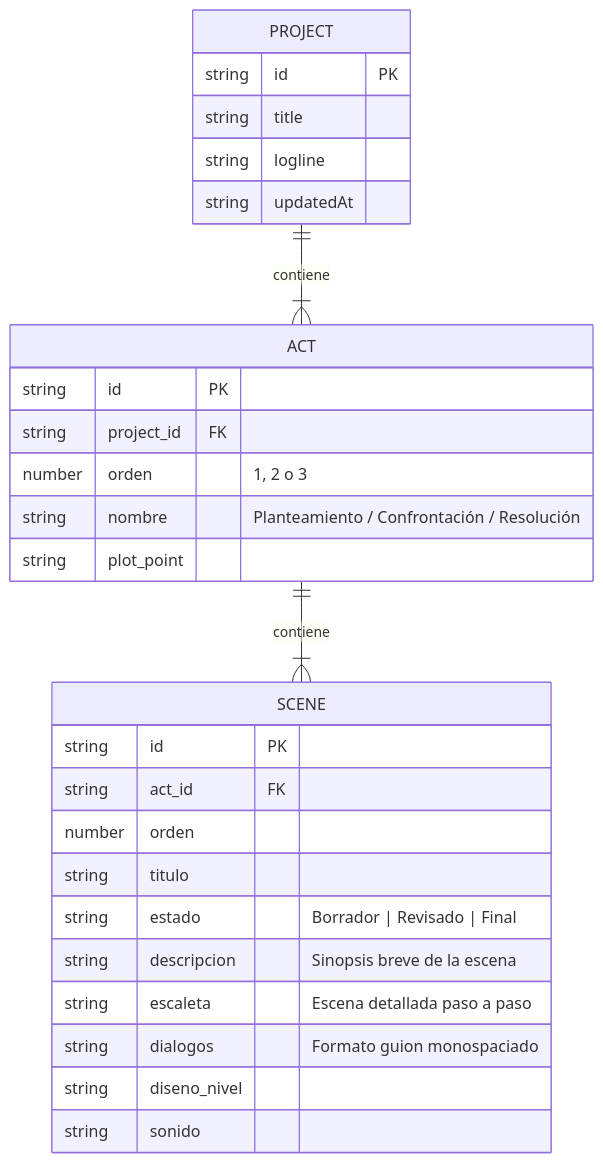
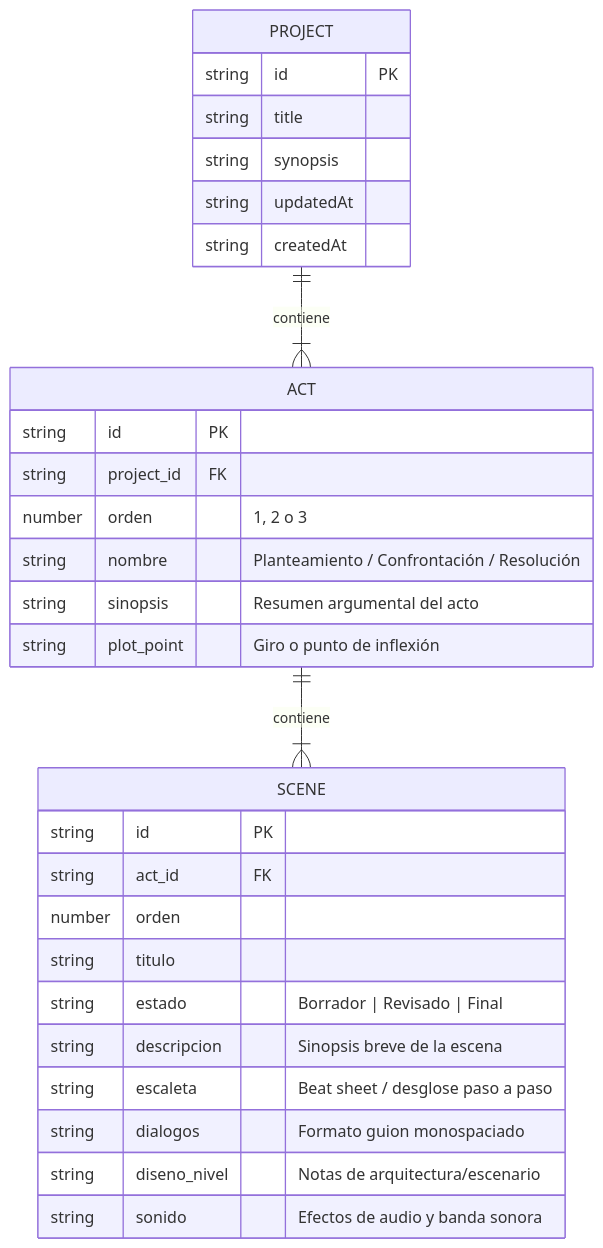
The diagram in DOCUMENTACION_DESARROLLO.md (lalognaviz/guion-studio), drawn with Mermaid before and after one commit. The commit also changed other lines of this file and 3 other files, not shown here.

````diff
--- a/DOCUMENTACION_DESARROLLO.md
+++ b/DOCUMENTACION_DESARROLLO.md
@@ -22,33 +22,35 @@
 ```mermaid
 erDiagram
     PROJECT ||--|{ ACT : contiene
     ACT ||--|{ SCENE : contiene
 
     PROJECT {
         string id PK
         string title
-        string logline
+        string synopsis
         string updatedAt
+        string createdAt
     }
 
     ACT {
         string id PK
         string project_id FK
         number orden "1, 2 o 3"
         string nombre "Planteamiento / Confrontación / Resolución"
-        string plot_point
+        string sinopsis "Resumen argumental del acto"
+        string plot_point "Giro o punto de inflexión"
     }
 
     SCENE {
         string id PK
         string act_id FK
         number orden
         string titulo
         string estado "Borrador | Revisado | Final"
         string descripcion "Sinopsis breve de la escena"
-        string escaleta "Escena detallada paso a paso"
+        string escaleta "Beat sheet / desglose paso a paso"
         string dialogos "Formato guion monospaciado"
-        string diseno_nivel
-        string sonido
+        string diseno_nivel "Notas de arquitectura/escenario"
+        string sonido "Efectos de audio y banda sonora"
     }
 ```
````
